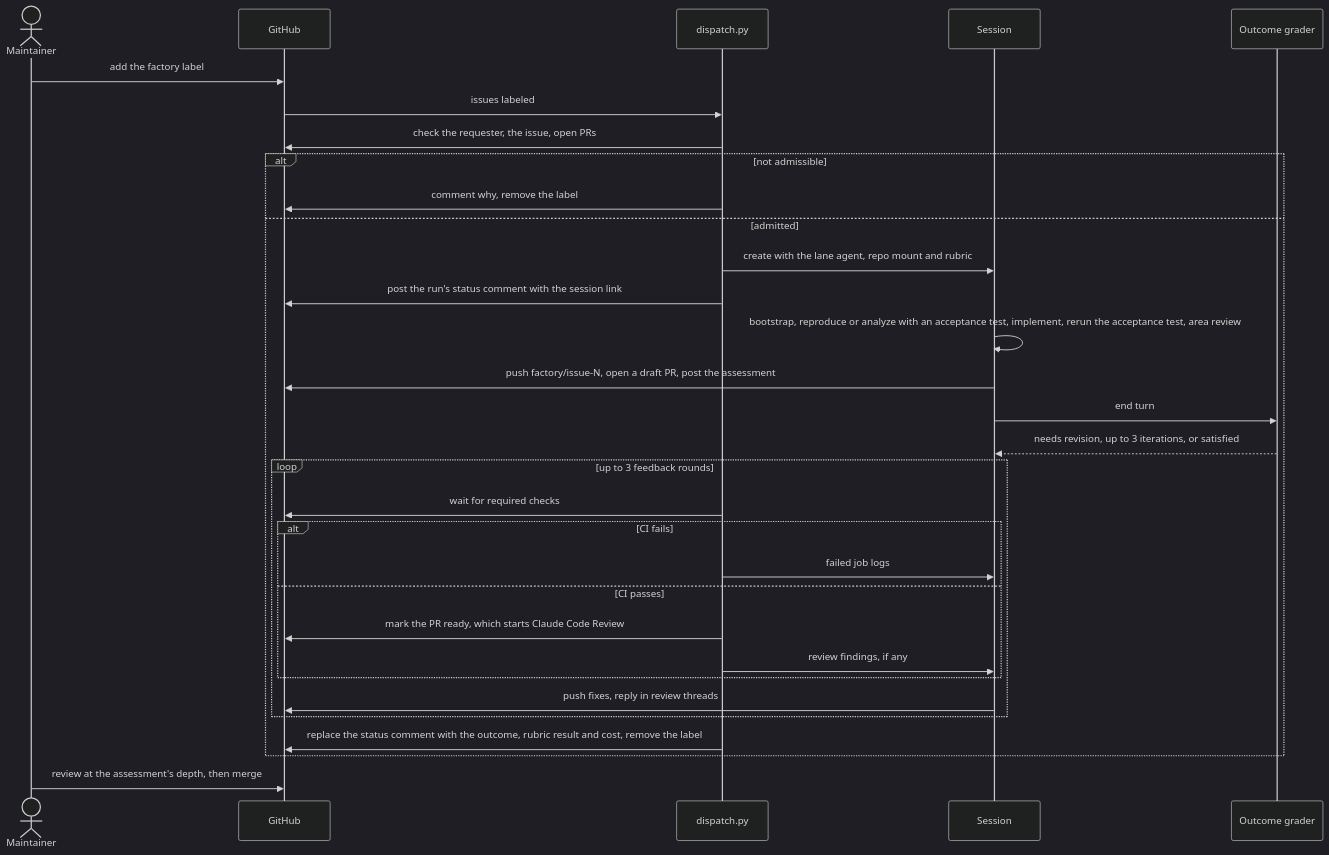
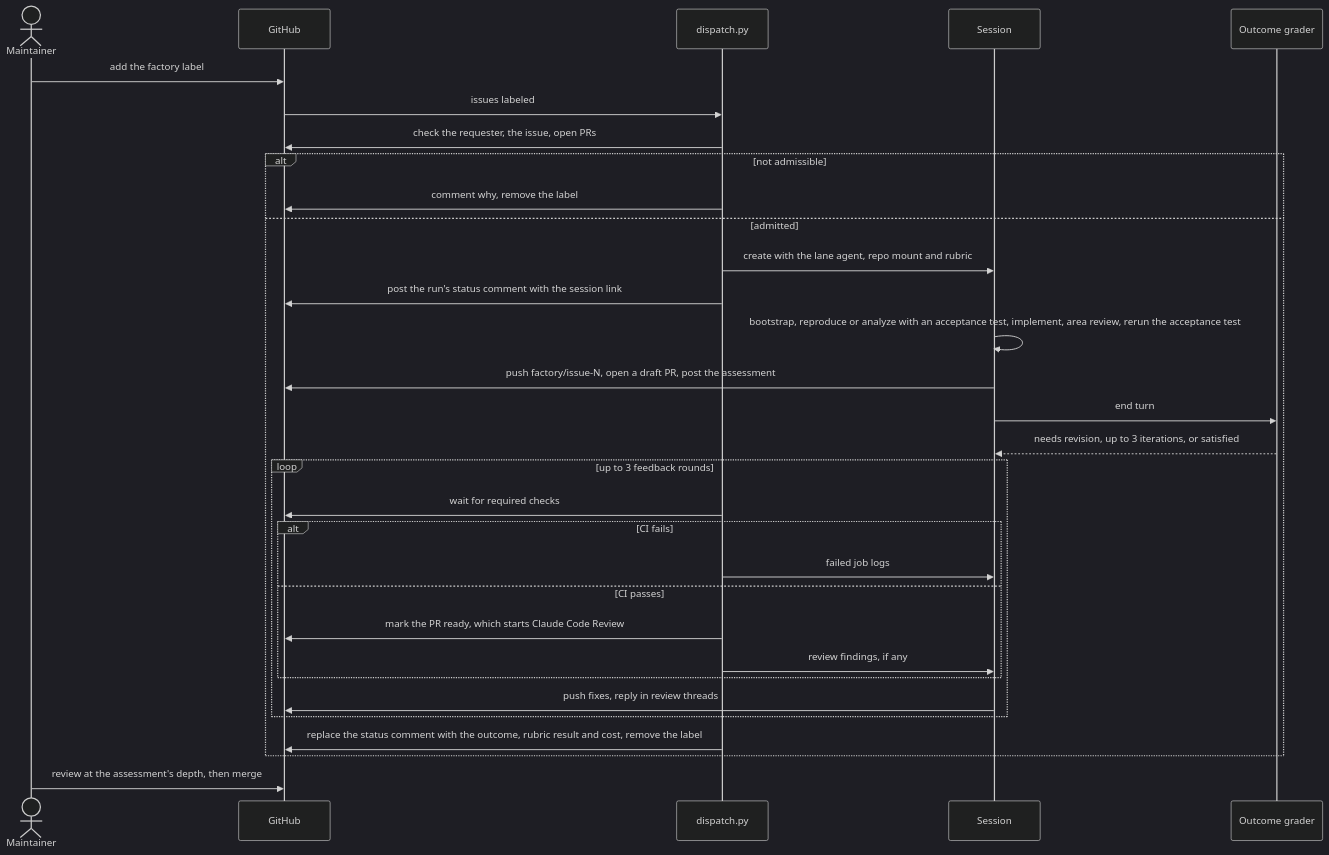
One commit to Arize-ai/phoenix changed the second of 4 diagrams in factory/README.md. Above: the diagram before and after it, drawn with Mermaid (dark theme). The commit also changed 1 other file, not shown here.

Commit message:
chore(factory): put the acceptance-test rerun after area review in the README diagram and drop main from the analyst description

````diff
--- a/factory/README.md
+++ b/factory/README.md
@@ -60,34 +60,34 @@
 ```mermaid
 sequenceDiagram
   actor maintainer as Maintainer
   participant github as GitHub
   participant dispatch as dispatch.py
   participant session as Session
   participant grader as Outcome grader
 
   maintainer->>github: add the factory label
   github->>dispatch: issues labeled
   dispatch->>github: check the requester, the issue, open PRs
   alt not admissible
     dispatch->>github: comment why, remove the label
   else admitted
     dispatch->>session: create with the lane agent, repo mount and rubric
     dispatch->>github: post the run's status comment with the session link
-    session->>session: bootstrap, reproduce or analyze with an acceptance test, implement, rerun the acceptance test, area review
+    session->>session: bootstrap, reproduce or analyze with an acceptance test, implement, area review, rerun the acceptance test
     session->>github: push factory/issue-N, open a draft PR, post the assessment
     session->>grader: end turn
     grader-->>session: needs revision, up to 3 iterations, or satisfied
     loop up to 3 feedback rounds
       dispatch->>github: wait for required checks
       alt CI fails
         dispatch->>session: failed job logs
       else CI passes
         dispatch->>github: mark the PR ready, which starts Claude Code Review
         dispatch->>session: review findings, if any
       end
       session->>github: push fixes, reply in review threads
     end
     dispatch->>github: replace the status comment with the outcome, rubric result and cost, remove the label
   end
   maintainer->>github: review at the assessment's depth, then merge
 ```
````
